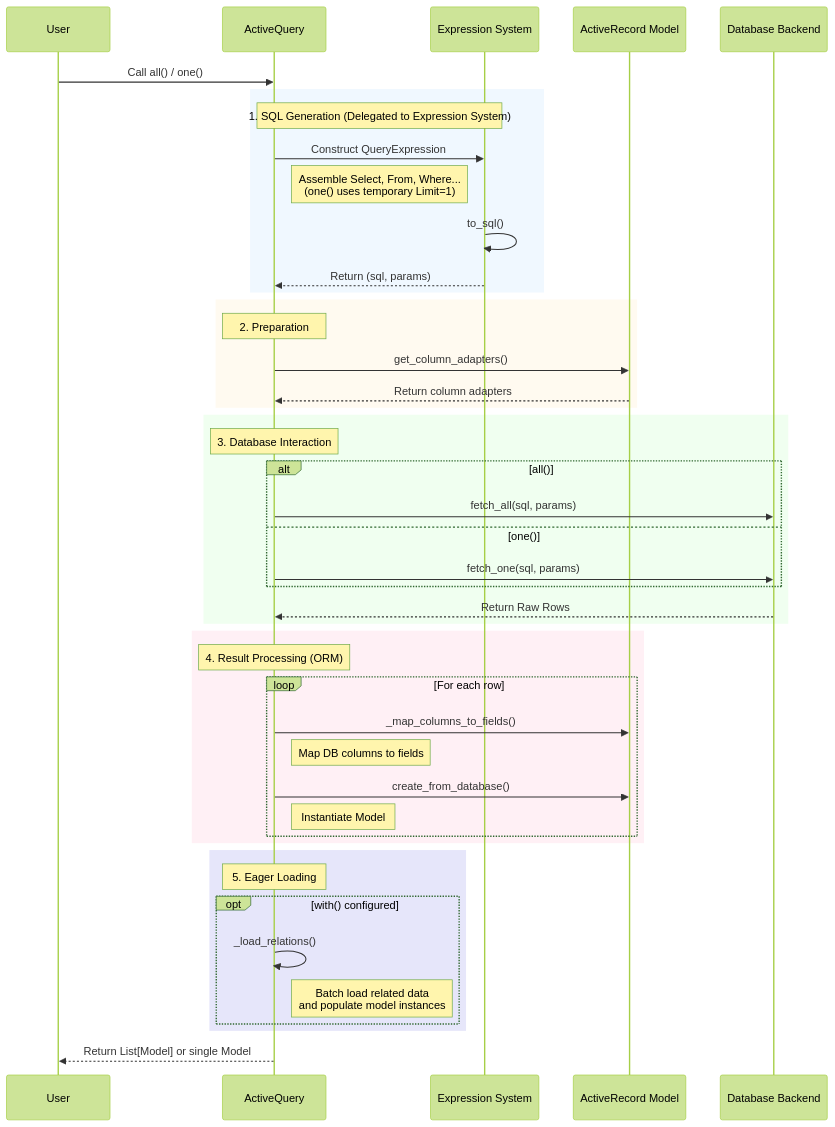
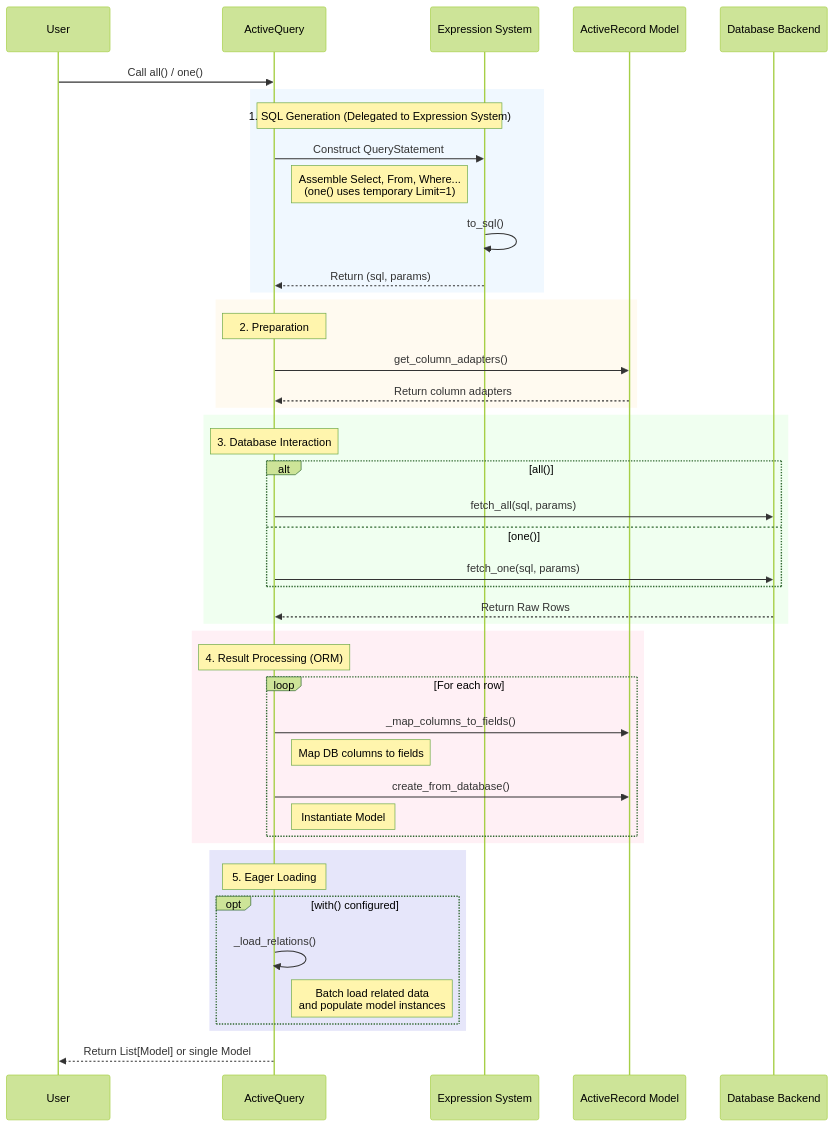
Before and after one commit to rhosocial/python-activerecord: the first of 2 diagrams in docs/en_US/querying/active_query.md, drawn with Mermaid (forest theme). The commit also changed other lines of this file and 310 other files, not shown here.

````diff
--- a/docs/en_US/querying/active_query.md
+++ b/docs/en_US/querying/active_query.md
@@ -687,54 +687,54 @@
 ```mermaid
 sequenceDiagram
     participant User
     participant Query as ActiveQuery
     participant Expr as Expression System
     participant Model as ActiveRecord Model
     participant Backend as Database Backend
 
     User->>Query: Call all() / one()
     
     rect rgb(240, 248, 255)
         Note over Query, Expr: 1. SQL Generation (Delegated to Expression System)
-        Query->>Expr: Construct QueryExpression
+        Query->>Expr: Construct QueryStatement
         Note right of Query: Assemble Select, From, Where...<br/>(one() uses temporary Limit=1)
         Expr->>Expr: to_sql()
         Expr-->>Query: Return (sql, params)
     end
 
     rect rgb(255, 250, 240)
         Note over Query: 2. Preparation
         Query->>Model: get_column_adapters()
         Model-->>Query: Return column adapters
     end
 
     rect rgb(240, 255, 240)
         Note over Query: 3. Database Interaction
         alt all()
             Query->>Backend: fetch_all(sql, params)
         else one()
             Query->>Backend: fetch_one(sql, params)
         end
         Backend-->>Query: Return Raw Rows
     end
 
     rect rgb(255, 240, 245)
         Note over Query: 4. Result Processing (ORM)
         loop For each row
             Query->>Model: _map_columns_to_fields()
             Note right of Query: Map DB columns to fields
             Query->>Model: create_from_database()
             Note right of Query: Instantiate Model
         end
     end
 
     rect rgb(230, 230, 250)
         Note over Query: 5. Eager Loading
         opt with() configured
             Query->>Query: _load_relations()
             Note right of Query: Batch load related data<br/>and populate model instances
         end
     end
 
     Query-->>User: Return List[Model] or single Model
 ```
````
